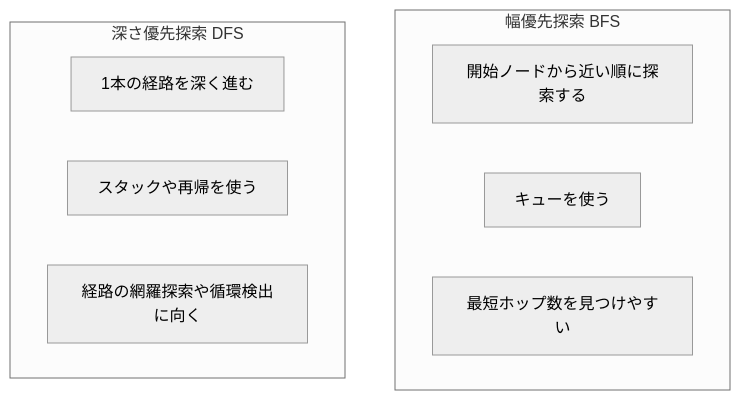
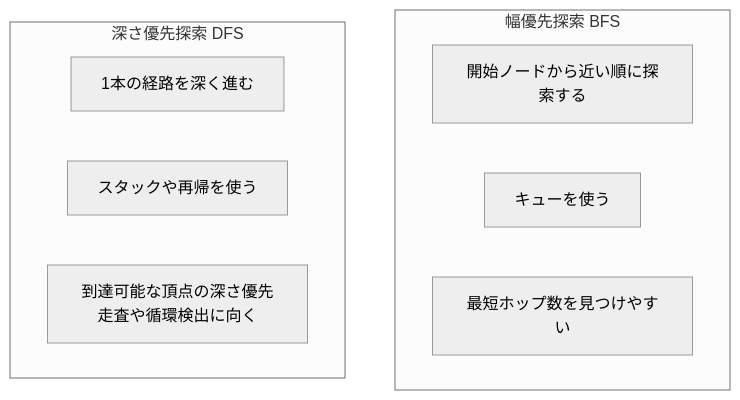
One commit to myoshi2891/Software-Design-and-Architecture changed the tenth of 14 diagrams in Graph-databases-guide.md. Above: the diagram before and after it, drawn with Mermaid (neutral theme). The commit also changed other lines of this file and 1 other file, not shown here.

Commit message:
docs: グラフDBガイドにおけるDFSの説明記述をより正確な表現に修正
- DFSの目的および特徴を「経路の網羅探索」から「到達可能な頂点を深さ優先で走査する」に修正
- HTMLおよびMarkdown両ドキュメントの比較表・ダイアグラムの記述を同期

````diff
--- a/Graph-databases-guide.md
+++ b/Graph-databases-guide.md
@@ -336,13 +336,13 @@
 ```mermaid
 flowchart TD
     subgraph BFS["幅優先探索 BFS"]
         B1["開始ノードから近い順に探索する"]
         B2["キューを使う"]
         B3["最短ホップ数を見つけやすい"]
     end
     subgraph DFS["深さ優先探索 DFS"]
         D1["1本の経路を深く進む"]
         D2["スタックや再帰を使う"]
-        D3["経路の網羅探索や循環検出に向く"]
+        D3["到達可能な頂点の深さ優先走査や循環検出に向く"]
     end
 ```
````
